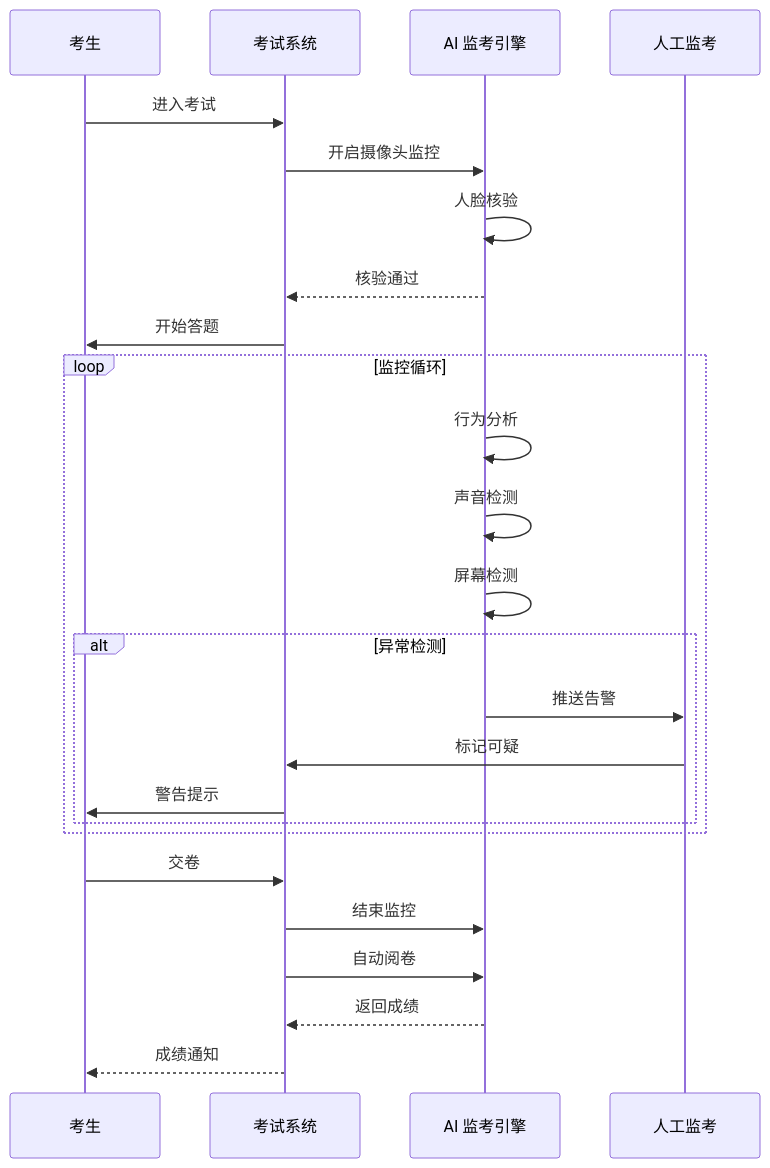
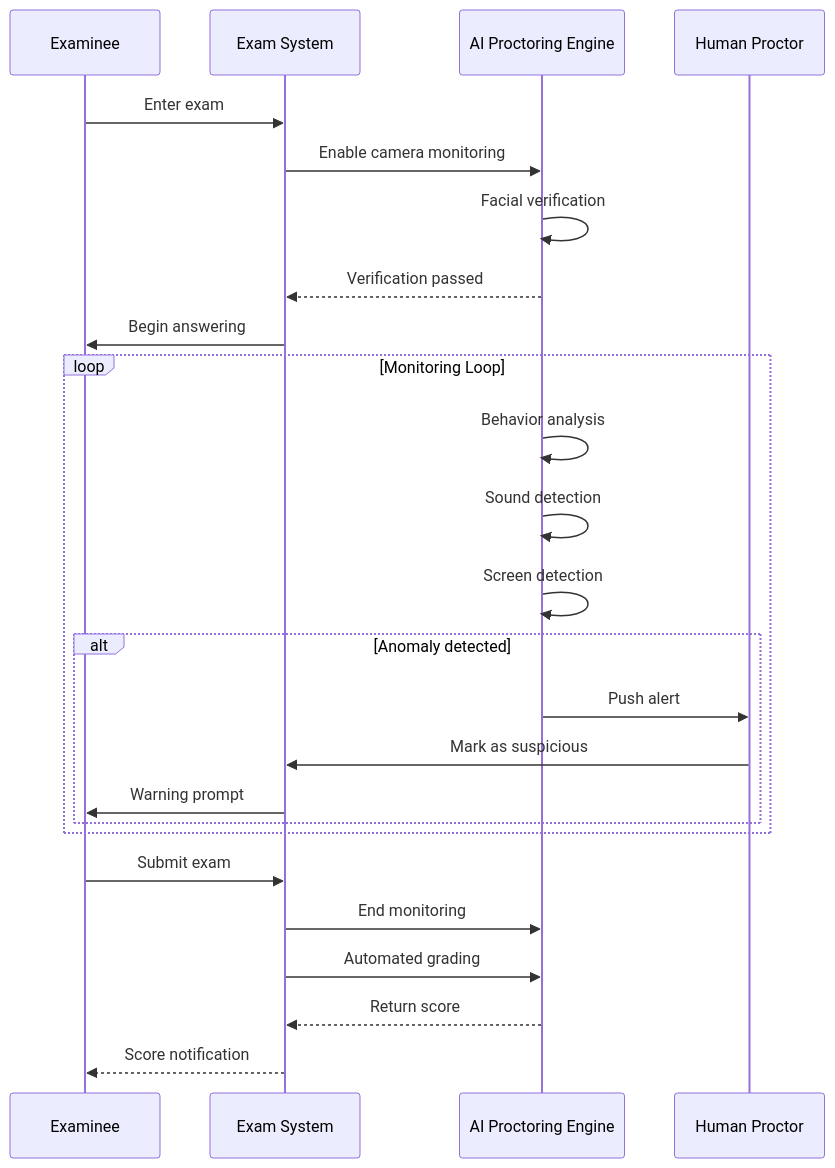
One commit to teaglebuilt/knowledge-tree changed the second of 3 diagrams in tree/application/architecture/vocational-edtech.md. Above: the diagram before and after it, drawn with Mermaid. The commit also changed other lines of this file and 22 other files, not shown here.

````diff
--- a/tree/application/architecture/vocational-edtech.md
+++ b/tree/application/architecture/vocational-edtech.md
@@ -181,28 +185,28 @@
 ```mermaid
 sequenceDiagram
-    participant STU as 考生
-    participant EXAM as 考试系统
-    participant AI as AI 监考引擎
-    participant HUMAN as 人工监考
+    participant STU as Examinee
+    participant EXAM as Exam System
+    participant AI as AI Proctoring Engine
+    participant HUMAN as Human Proctor
 
-    STU->>EXAM: 进入考试
-    EXAM->>AI: 开启摄像头监控
-    AI->>AI: 人脸核验
-    AI-->>EXAM: 核验通过
-    EXAM->>STU: 开始答题
-    loop 监控循环
-        AI->>AI: 行为分析
-        AI->>AI: 声音检测
-        AI->>AI: 屏幕检测
-        alt 异常检测
-            AI->>HUMAN: 推送告警
-            HUMAN->>EXAM: 标记可疑
-            EXAM->>STU: 警告提示
+    STU->>EXAM: Enter exam
+    EXAM->>AI: Enable camera monitoring
+    AI->>AI: Facial verification
+    AI-->>EXAM: Verification passed
+    EXAM->>STU: Begin answering
+    loop Monitoring Loop
+        AI->>AI: Behavior analysis
+        AI->>AI: Sound detection
+        AI->>AI: Screen detection
+        alt Anomaly detected
+            AI->>HUMAN: Push alert
+            HUMAN->>EXAM: Mark as suspicious
+            EXAM->>STU: Warning prompt
         end
     end
-    STU->>EXAM: 交卷
-    EXAM->>AI: 结束监控
-    EXAM->>AI: 自动阅卷
-    AI-->>EXAM: 返回成绩
-    EXAM-->>STU: 成绩通知
+    STU->>EXAM: Submit exam
+    EXAM->>AI: End monitoring
+    EXAM->>AI: Automated grading
+    AI-->>EXAM: Return score
+    EXAM-->>STU: Score notification
 ```
````
